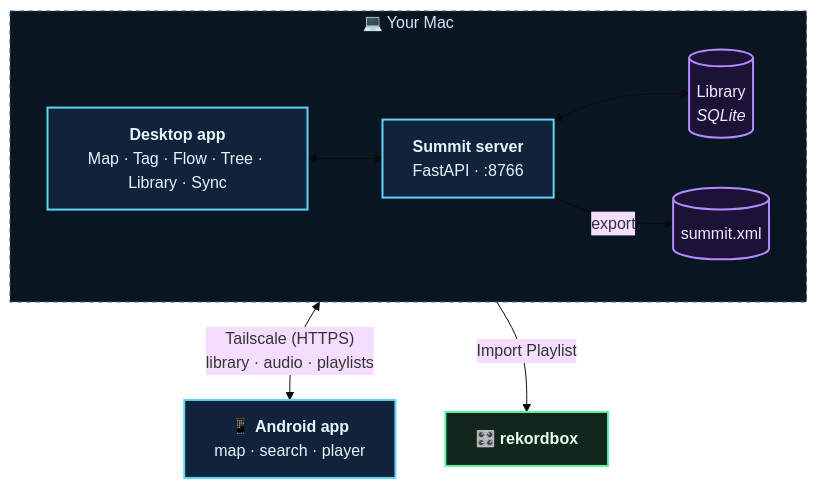
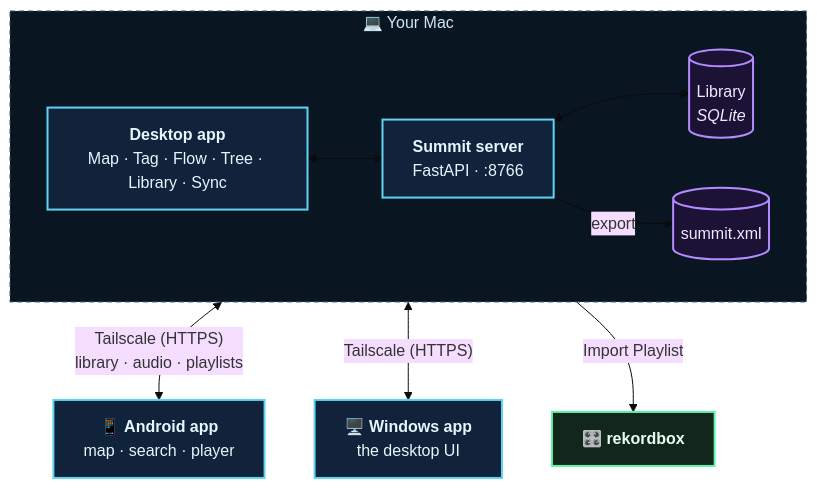
One commit to willlauer/summit changed the second of 2 diagrams in README.md. Above: the diagram before and after it, drawn with Mermaid (base theme). The commit also changed other lines of this file and 10 other files, not shown here.

First line of the commit message:
Windows app: a native window on the Mac's server over Tailscale

````diff
--- a/README.md
+++ b/README.md
@@ -86,26 +86,28 @@
 ```mermaid
 flowchart TB
     subgraph mac["💻 Your Mac"]
         direction LR
         db[("Library<br/><i>SQLite</i>")]
         server["<b>Summit server</b><br/>FastAPI · :8766"]
         desktop["<b>Desktop app</b><br/>Map · Tag · Flow · Tree · Library · Sync"]
         xml[("summit.xml")]
         desktop <--> server <--> db
         server -- export --> xml
     end
 
     phone["📱 <b>Android app</b><br/>map · search · player"]
+    pc["🖥️ <b>Windows app</b><br/>the desktop UI"]
     rb["🎛️ <b>rekordbox</b>"]
 
     server <-- "Tailscale (HTTPS)<br/>library · audio · playlists" --> phone
+    server <-- "Tailscale (HTTPS)" --> pc
     xml -- "Import Playlist" --> rb
 
     classDef app fill:#10233a,stroke:#5fd3f3,stroke-width:2px,color:#e6f6ff
     classDef store fill:#1c1236,stroke:#b48cff,stroke-width:2px,color:#f1eaff
     classDef ext fill:#13261c,stroke:#5ff3a6,stroke-width:2px,color:#e6fff1
-    class server,desktop,phone app
+    class server,desktop,phone,pc app
     class db,xml store
     class rb ext
     style mac fill:#0a1522,stroke:#2f5677,stroke-width:1px,stroke-dasharray:5 4,color:#cfe6f5
 ```
````
